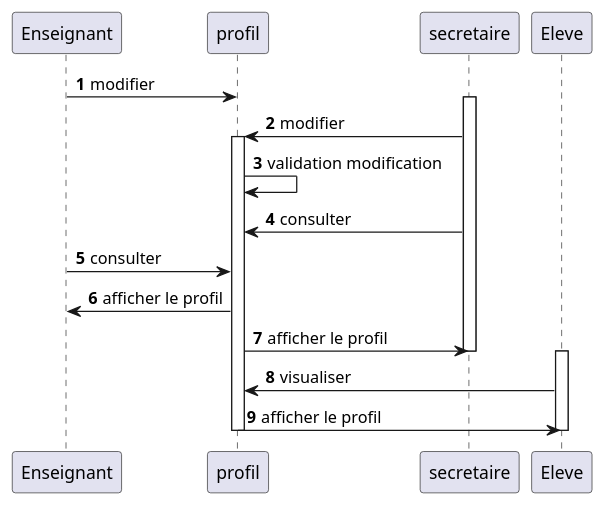
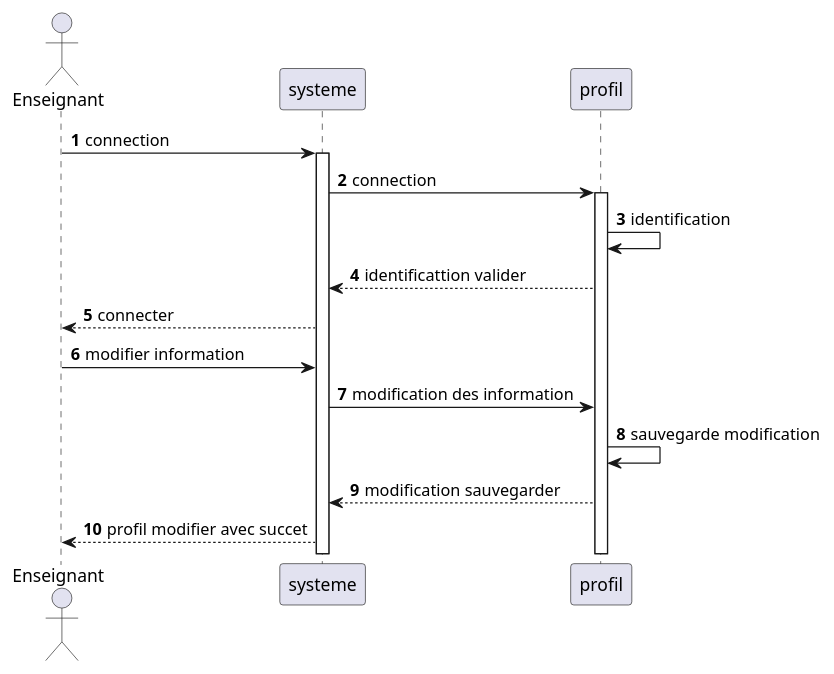
One commit to IUT-Blagnac/bcoo-retro2021-bcoo-retro2021-g16 changed the diagram in analyse/diagrammes/DiagrammeSequence.plantuml. Above: the diagram before and after it, drawn with PlantUML.

```diff
--- a/analyse/diagrammes/DiagrammeSequence.plantuml
+++ b/analyse/diagrammes/DiagrammeSequence.plantuml
@@ -1,27 +1,23 @@
 @startuml
 
 autonumber
+actor Enseignant
+Enseignant -> systeme: connection
 
-Enseignant -> profil: modifier
-
-activate secretaire
-secretaire -> profil: modifier
+activate systeme
+systeme -> profil: connection 
 
 activate profil
-profil -> profil: validation modification
-secretaire -> profil: consulter
-Enseignant -> profil: consulter
+profil -> profil: identification 
+profil --> systeme: identificattion valider
+systeme --> Enseignant: connecter
 
-profil -> Enseignant: afficher le profil
-profil -> secretaire: afficher le profil
-deactivate secretaire
+Enseignant -> systeme: modifier information
+systeme -> profil: modification des information 
+profil -> profil: sauvegarde modification
+profil --> systeme: modification sauvegarder
+systeme --> Enseignant: profil modifier avec succet
 
-activate Eleve
-Eleve -> profil: visualiser
-profil -> Eleve: afficher le profil
-
-deactivate Eleve
-deactivate profil
 
 
 @enduml
```
